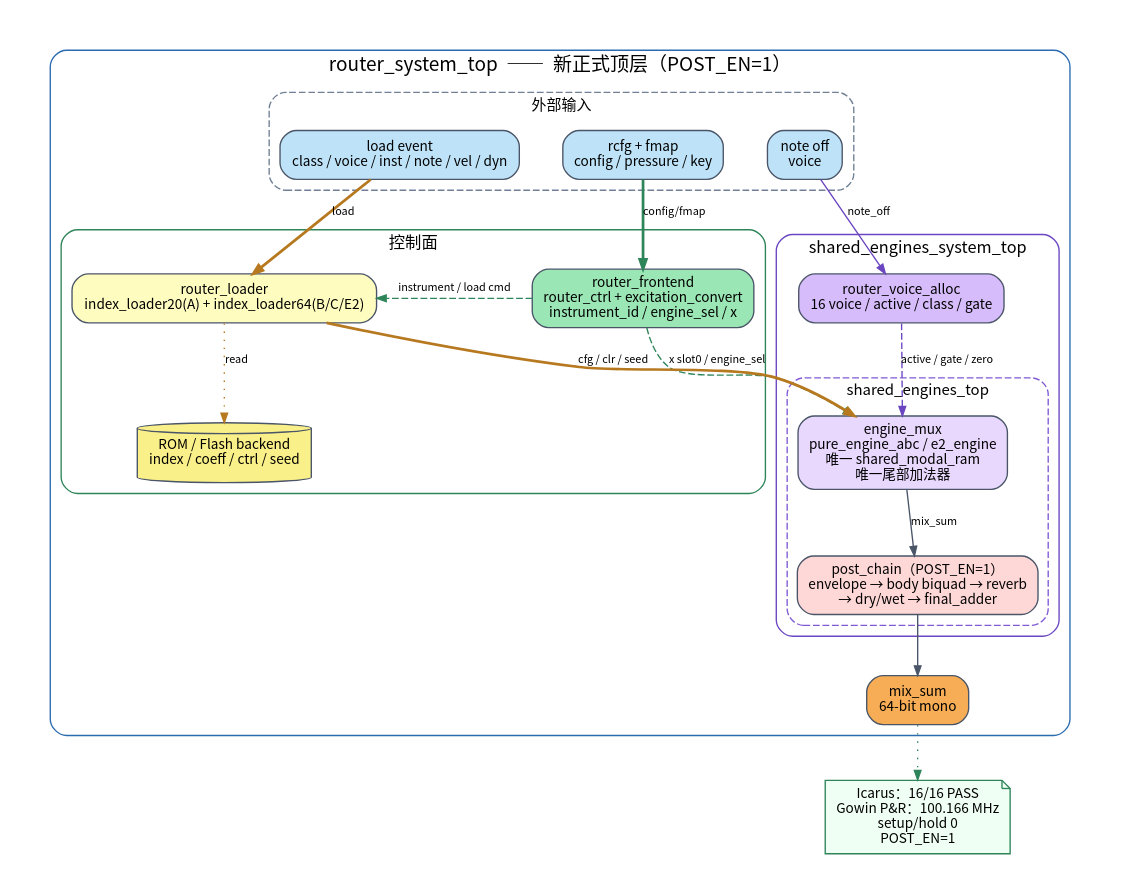
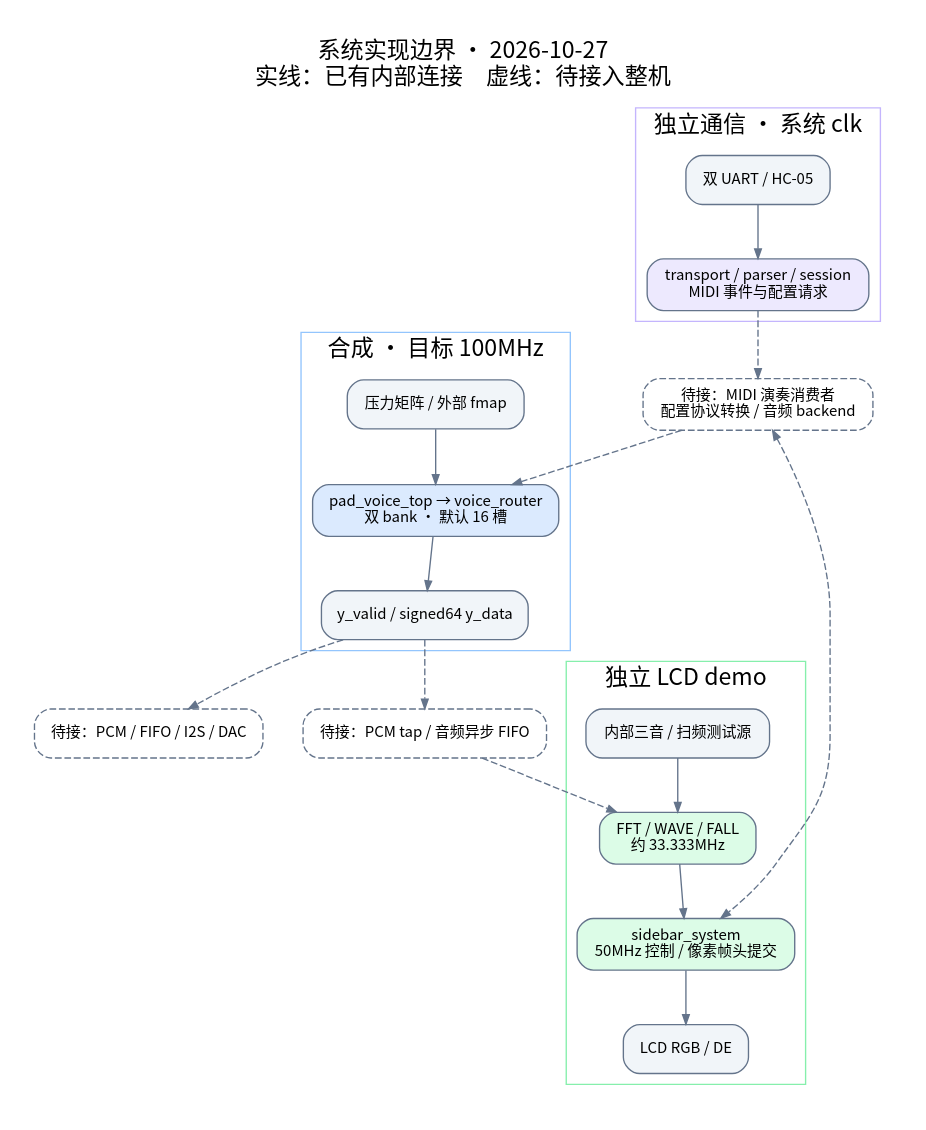
One commit to rubbishbro/FPGA_IDC_2026 changed the diagram in docs/diagrams/architecture_overview.dot. Above: the diagram before and after it, drawn with Graphviz. The commit also changed 100 other files, not shown here.

```diff
--- a/docs/diagrams/architecture_overview.dot
+++ b/docs/diagrams/architecture_overview.dot
@@ -1,69 +1,31 @@
-// -----------------------------------------------------------------------------
-// 文件: architecture_overview.dot
-// 用途: 新架构总览图（router_system_top 正式顶层）
-// 状态: POST_EN=1；Icarus 16/16；Gowin 100.166MHz，setup/hold 0
-// 生成: dot -Tsvg architecture_overview.dot -o architecture_overview.svg
-//       dot -Tpng -Gdpi=180 architecture_overview.dot -o architecture_overview.png
-// -----------------------------------------------------------------------------
+// 当前结构；不在图内维护 PASS/Fmax，结果见文档维护与验证。
 digraph architecture_overview {
-    graph [
-        fontname="Noto Sans CJK TC", fontsize=18,
-        rankdir=TB, compound=true, newrank=true,
-        nodesep=0.45, ranksep=0.55, bgcolor="white", pad=0.30
-    ];
-    node [shape=box, style="rounded,filled", fontname="Noto Sans CJK TC",
-          fontsize=10, margin="0.12,0.07", color="#4a5568", fillcolor="#edf2f7"];
-    edge [fontname="Noto Sans CJK TC", fontsize=8, color="#4a5568", arrowsize=0.7];
+graph [fontname="Noto Sans CJK SC",fontsize=17,rankdir=TB,nodesep=0.4,ranksep=0.55,bgcolor="white",pad=0.25];
+node [shape=box,style="rounded,filled",fontname="Noto Sans CJK SC",fontsize=11,margin="0.16,0.10",color="#64748b",fillcolor="#f1f5f9"];
+edge [fontname="Noto Sans CJK SC",fontsize=10,color="#64748b",arrowsize=0.7];
 
-    subgraph cluster_top {
-        label="router_system_top  ——  新正式顶层（POST_EN=1）";
-        fontsize=14; color="#2b6cb0"; style="rounded"; fillcolor="#ebf8ff";
-
-        subgraph cluster_in {
-            label="外部输入";
-            fontsize=11; color="#718096"; style="rounded,dashed"; fillcolor="#f7fafc";
-            load [label="load event\nclass / voice / inst / note / vel / dyn", fillcolor="#bee3f8"];
-            cfg [label="rcfg + fmap\nconfig / pressure / key", fillcolor="#bee3f8"];
-            off [label="note off\nvoice", fillcolor="#bee3f8"];
-            { rank=same; load; cfg; off; }
-        }
-
-        subgraph cluster_ctrl {
-            label="控制面";
-            fontsize=12; color="#2f855a"; style="rounded"; fillcolor="#f0fff4";
-            rf [label="router_frontend\nrouter_ctrl + excitation_convert\ninstrument_id / engine_sel / x", fillcolor="#9ae6b4"];
-            rl [label="router_loader\nindex_loader20(A) + index_loader64(B/C/E2)", fillcolor="#fefcbf"];
-            rom [label="ROM / Flash backend\nindex / coeff / ctrl / seed", shape=cylinder, fillcolor="#faf089"];
-            { rank=same; rf; rl; }
-            rl -> rom [label="read", style=dotted, color="#b7791f"];
-        }
-
-        subgraph cluster_sys {
-            label="shared_engines_system_top";
-            fontsize=12; color="#6b46c1"; style="rounded"; fillcolor="#faf5ff";
-            va [label="router_voice_alloc\n16 voice / active / class / gate", fillcolor="#d6bcfa"];
-
-            subgraph cluster_core {
-                label="shared_engines_top";
-                fontsize=11; color="#805ad5"; style="rounded,dashed"; fillcolor="#faf5ff";
-                mux [label="engine_mux\npure_engine_abc / e2_engine\n唯一 shared_modal_ram\n唯一尾部加法器", fillcolor="#e9d8fd"];
-                post [label="post_chain（POST_EN=1）\nenvelope → body biquad → reverb\n→ dry/wet → final_adder", fillcolor="#fed7d7"];
-                mux -> post [label="mix_sum"];
-            }
-            va -> mux [label="active / gate / zero", color="#6b46c1", style=dashed];
-        }
-
-        out [label="mix_sum\n64-bit mono", fillcolor="#f6ad55"];
-    }
-
-    note [shape=note, label="Icarus：16/16 PASS\nGowin P&R：100.166 MHz\nsetup/hold 0\nPOST_EN=1", fillcolor="#f0fff4", color="#2f855a"];
-
-    load -> rl [label="load", color="#b7791f", style=bold];
-    cfg -> rf [label="config/fmap", color="#2f855a", style=bold];
-    off -> va [label="note_off", color="#6b46c1"];
-    rf -> rl [label="instrument / load cmd", color="#2f855a", style=dashed];
-    rf -> mux [label="x slot0 / engine_sel", color="#2f855a", style=dashed];
-    rl -> mux [label="cfg / clr / seed", color="#b7791f", style=bold];
-    post -> out;
-    out -> note [style=dotted, color="#2f855a"];
+label="系统实现边界 · 2026-10-27\n实线：已有内部连接　虚线：待接入整机";labelloc=t;
+subgraph cluster_audio {label="合成 · 目标 100MHz";color="#93c5fd";
+ pad [label="压力矩阵 / 外部 fmap"];
+ top [label="pad_voice_top → voice_router\n双 bank · 默认 16 槽",fillcolor="#dbeafe"];
+ y [label="y_valid / signed64 y_data"];
+ pad -> top -> y;
 }
+subgraph cluster_comm {label="独立通信 · 系统 clk";color="#c4b5fd";
+ phy [label="双 UART / HC-05"];
+ comm [label="transport / parser / session\nMIDI 事件与配置请求",fillcolor="#ede9fe"];
+ phy -> comm;
+}
+subgraph cluster_lcd {label="独立 LCD demo";color="#86efac";
+ source [label="内部三音 / 扫频测试源"];
+ fft [label="FFT / WAVE / FALL\n约 33.333MHz",fillcolor="#dcfce7"];
+ side [label="sidebar_system\n50MHz 控制 / 像素帧头提交",fillcolor="#dcfce7"];
+ lcd [label="LCD RGB / DE"];
+ source -> fft -> side -> lcd;
+}
+consumer [label="待接：MIDI 演奏消费者\n配置协议转换 / 音频 backend",style="rounded,dashed",fillcolor="#fff7ed"];
+output [label="待接：PCM / FIFO / I2S / DAC",style="rounded,dashed",fillcolor="#fff7ed"];
+tap [label="待接：PCM tap / 音频异步 FIFO",style="rounded,dashed",fillcolor="#fff7ed"];
+comm -> consumer [style=dashed];consumer -> top [style=dashed];consumer -> side [style=dashed,dir=both];
+y -> output [style=dashed];y -> tap [style=dashed];tap -> fft [style=dashed];
+}
```
